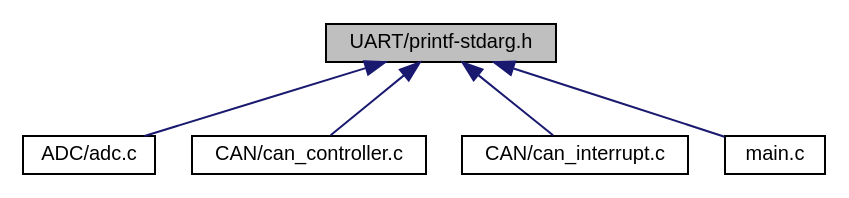
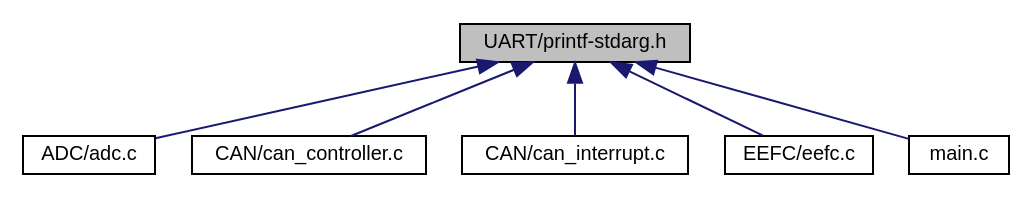
Before and after one commit to Sivaranjith1/Ping_Pong_embedded_project: the diagram in docs/atsam3x8e/printf-stdarg_8h__dep__incl.dot, drawn with Graphviz. The commit also changed 142 other files, not shown here.

```diff
--- a/docs/atsam3x8e/printf-stdarg_8h__dep__incl.dot
+++ b/docs/atsam3x8e/printf-stdarg_8h__dep__incl.dot
@@ -1,15 +1,17 @@
 digraph "UART/printf-stdarg.h"
 {
  // LATEX_PDF_SIZE
   edge [fontname="Helvetica",fontsize="10",labelfontname="Helvetica",labelfontsize="10"];
   node [fontname="Helvetica",fontsize="10",shape=record];
   Node1 [label="UART/printf-stdarg.h",height=0.2,width=0.4,color="black", fillcolor="grey75", style="filled", fontcolor="black",tooltip=" "];
   Node1 -> Node2 [dir="back",color="midnightblue",fontsize="10",style="solid",fontname="Helvetica"];
   Node2 [label="ADC/adc.c",height=0.2,width=0.4,color="black", fillcolor="white", style="filled",URL="$adc_8c_source.html",tooltip=" "];
   Node1 -> Node3 [dir="back",color="midnightblue",fontsize="10",style="solid",fontname="Helvetica"];
   Node3 [label="CAN/can_controller.c",height=0.2,width=0.4,color="black", fillcolor="white", style="filled",URL="$can__controller_8c_source.html",tooltip=" "];
   Node1 -> Node4 [dir="back",color="midnightblue",fontsize="10",style="solid",fontname="Helvetica"];
   Node4 [label="CAN/can_interrupt.c",height=0.2,width=0.4,color="black", fillcolor="white", style="filled",URL="$can__interrupt_8c_source.html",tooltip=" "];
   Node1 -> Node5 [dir="back",color="midnightblue",fontsize="10",style="solid",fontname="Helvetica"];
-  Node5 [label="main.c",height=0.2,width=0.4,color="black", fillcolor="white", style="filled",URL="$main_8c.html",tooltip="The main application of the ATSAME3X8E for this project."];
+  Node5 [label="EEFC/eefc.c",height=0.2,width=0.4,color="black", fillcolor="white", style="filled",URL="$eefc_8c_source.html",tooltip=" "];
+  Node1 -> Node6 [dir="back",color="midnightblue",fontsize="10",style="solid",fontname="Helvetica"];
+  Node6 [label="main.c",height=0.2,width=0.4,color="black", fillcolor="white", style="filled",URL="$main_8c.html",tooltip="The main application of the ATSAME3X8E for this project."];
 }
```
